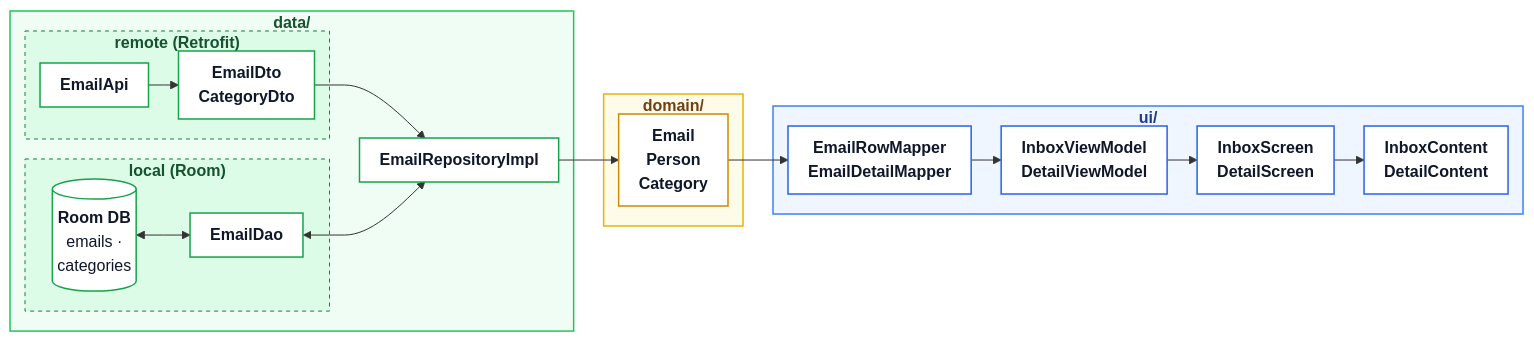
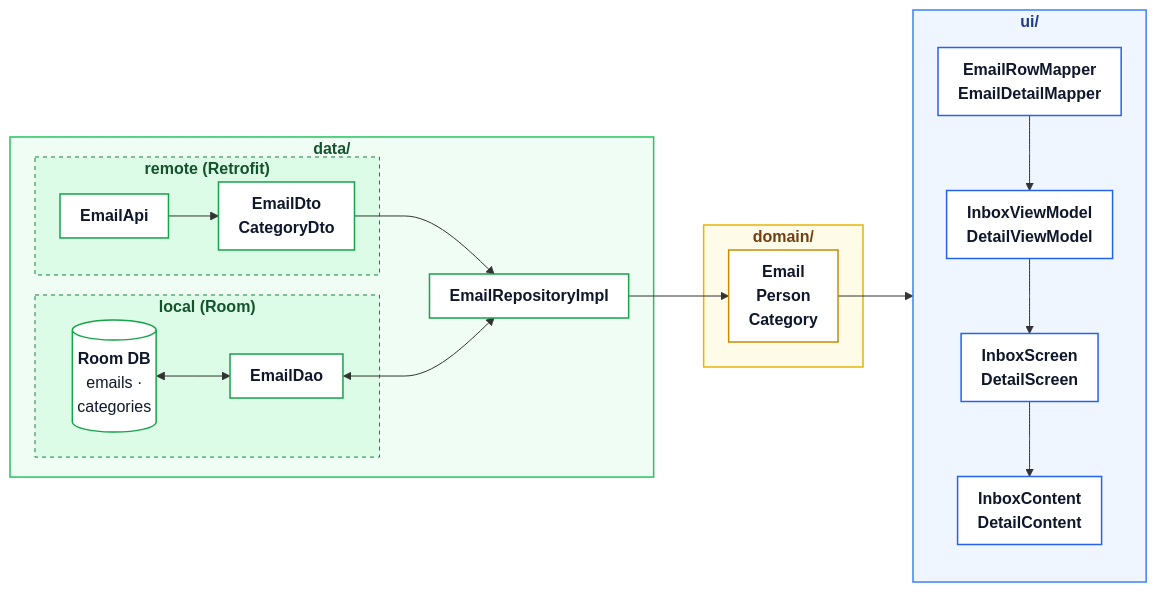
The diagram in README.md (Shiney-Kelly/Leetcode-Kotlin), drawn with Mermaid before and after one commit.

````diff
--- a/README.md
+++ b/README.md
@@ -1,60 +1,62 @@
 ```mermaid
 %%{init: {
   'flowchart': {
     'curve': 'monotoneX',
-    'nodeSpacing': 20,
-    'rankSpacing': 30,
+    'nodeSpacing': 30,
+    'rankSpacing': 50,
     'padding': 10
   }
 }}%%
 flowchart LR
     subgraph Data["<b>data/</b>"]
         subgraph Remote["<b>remote (Retrofit)</b>"]
             API["<b>EmailApi</b>"]:::dataNode
             DTO["<b>EmailDto</b><br/><b>CategoryDto</b>"]:::dataNode
             API --> DTO
         end
 
         subgraph Local["<b>local (Room)</b>"]
             DB[("<b>Room DB</b><br/>emails ·<br/>categories")]:::dataNode
             DAO["<b>EmailDao</b>"]:::dataNode
             DB <--> DAO
         end
 
         Repo["<b>EmailRepositoryImpl</b>"]:::dataNode
 
         DTO --> Repo
         DAO <--> Repo
     end
 
     subgraph Domain["<b>domain/</b>"]
         Model["<b>Email</b><br/><b>Person</b><br/><b>Category</b>"]:::domainNode
     end
 
     subgraph UI["<b>ui/</b>"]
+        direction TB
         Mapper["<b>EmailRowMapper</b><br/><b>EmailDetailMapper</b>"]:::uiNode
         VM["<b>InboxViewModel</b><br/><b>DetailViewModel</b>"]:::uiNode
         Screen["<b>InboxScreen</b><br/><b>DetailScreen</b>"]:::uiNode
         Content["<b>InboxContent</b><br/><b>DetailContent</b>"]:::uiNode
 
         Mapper --> VM
         VM --> Screen
         Screen --> Content
     end
 
-    %% Cross-layer flow: repository publishes domain models, the UI mappers consume them
+    %% Cross-layer flow. The edge targets the ui/ subgraph (not a node inside it) so Mermaid
+    %% honours the subgraph's TB direction and stacks the UI chain vertically.
     Repo --> Model
-    Model --> Mapper
+    Model --> UI
 
     %% Node Styles (GitHub Light & Dark mode safe)
     classDef dataNode fill:#ffffff,stroke:#16a34a,stroke-width:1.5px,color:#0f172a
     classDef domainNode fill:#ffffff,stroke:#ca8a04,stroke-width:1.5px,color:#0f172a
     classDef uiNode fill:#ffffff,stroke:#2563eb,stroke-width:1.5px,color:#0f172a
 
     %% Subgraph Styles
     style Data fill:#f0fdf4,stroke:#22c55e,stroke-width:1.5px,color:#14532d
     style Local fill:#dcfce7,stroke:#15803d,stroke-width:1px,stroke-dasharray: 4 4,color:#14532d
     style Remote fill:#dcfce7,stroke:#15803d,stroke-width:1px,stroke-dasharray: 4 4,color:#14532d
     style Domain fill:#fefce8,stroke:#eab308,stroke-width:1.5px,color:#713f12
     style UI fill:#eff6ff,stroke:#3b82f6,stroke-width:1.5px,color:#1e3a8a
 ```
````
